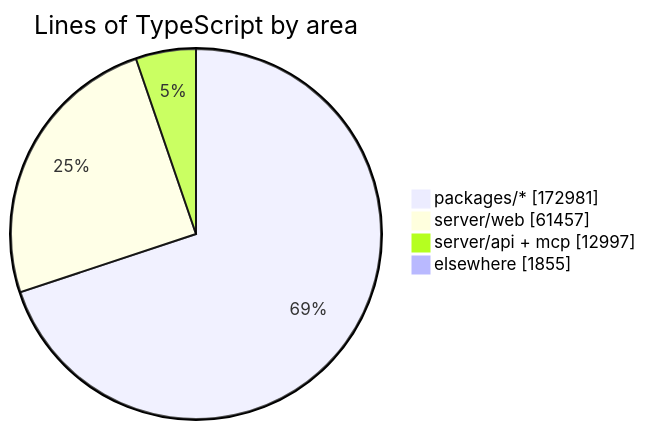
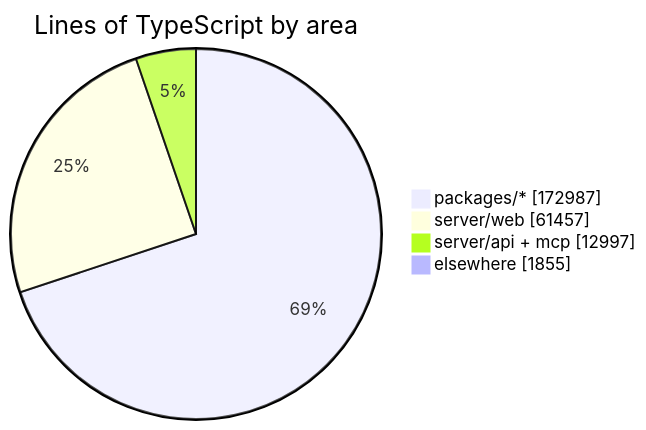
Before and after one commit to crossworks-engineering/mantle: the diagram in README.md, drawn with Mermaid. The commit also changed other lines of this file and 2 other files, not shown here.

````diff
--- a/README.md
+++ b/README.md
@@ -279,7 +279,7 @@
 ```mermaid
 pie showData title Lines of TypeScript by area
-    "packages/*" : 172981
+    "packages/*" : 172987
     "server/web" : 61457
     "server/api + mcp" : 12997
     "elsewhere" : 1855
 ```
````
